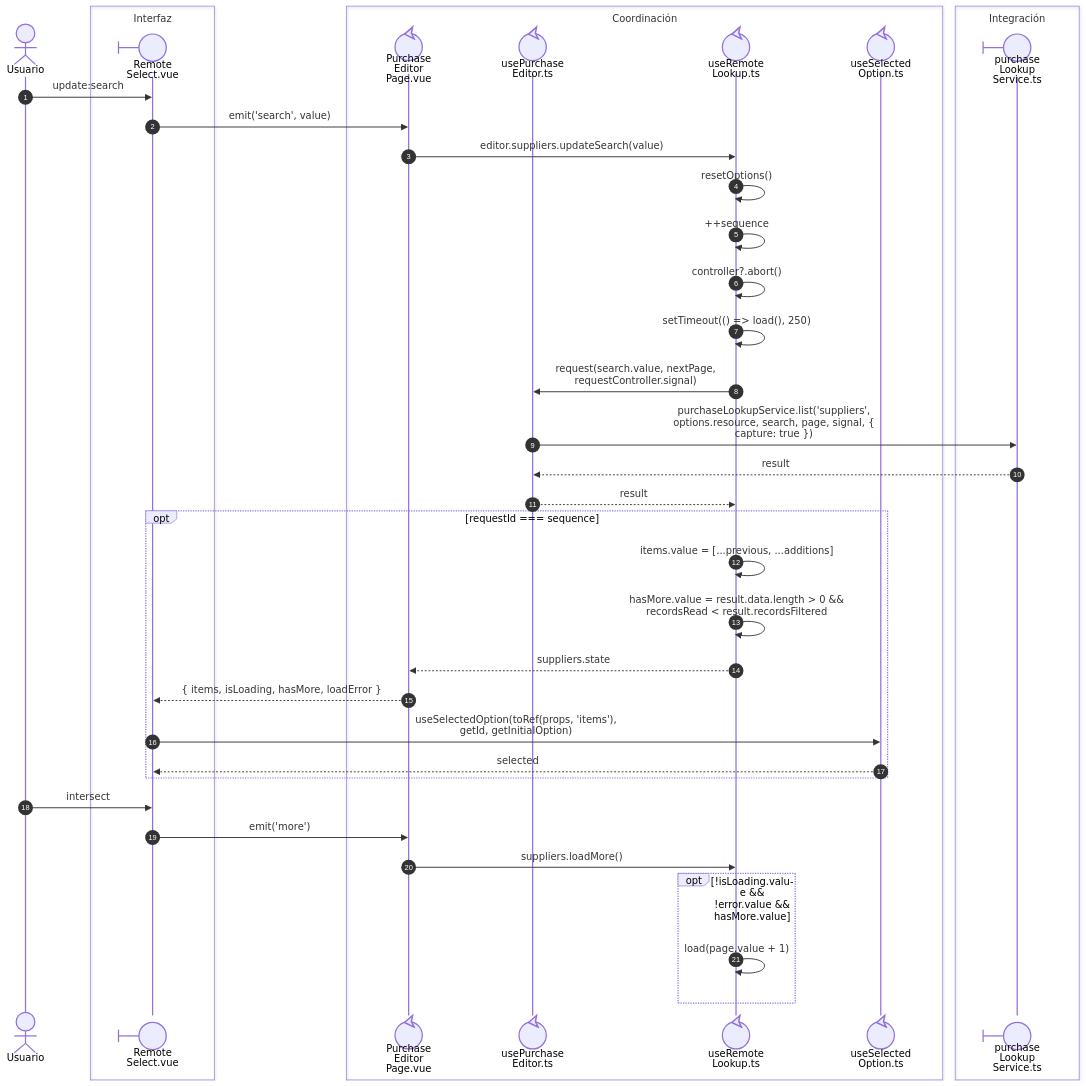
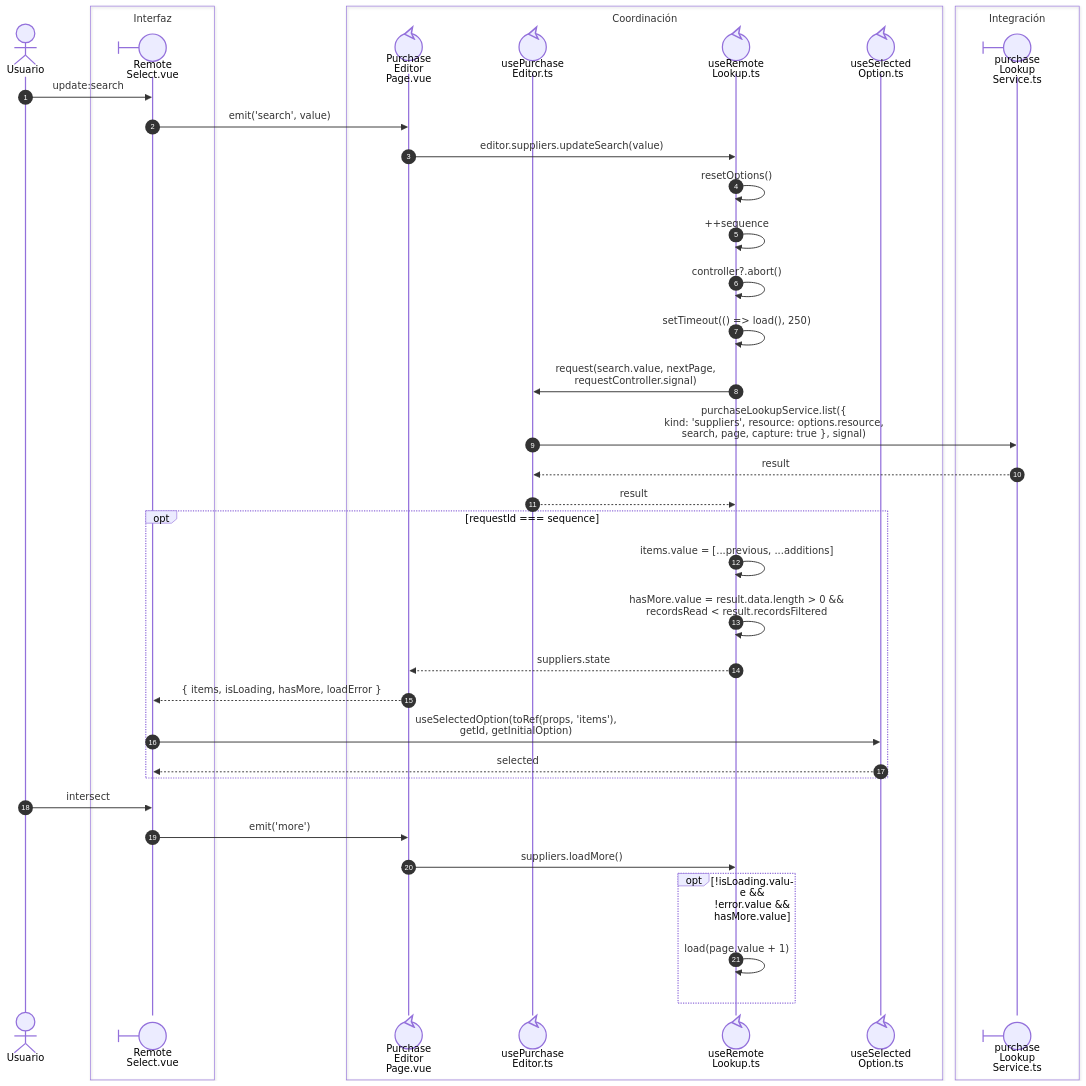
The diagram in front/docs/architecture/views/processes/02-shared-runtime/03-remote-lookup.md (gpgsistemas01/nexus), drawn with Mermaid before and after one commit. The commit also changed 68 other files, not shown here.

````diff
--- a/front/docs/architecture/views/processes/02-shared-runtime/03-remote-lookup.md
+++ b/front/docs/architecture/views/processes/02-shared-runtime/03-remote-lookup.md
@@ -9,42 +9,42 @@
 ```mermaid
 sequenceDiagram
     autonumber
     actor U as Usuario
     box Interfaz
     participant Select@{ "type": "boundary" } as Remote<br/>Select.vue
     end
     box Coordinación
     participant Page@{ "type": "control" } as Purchase<br/>Editor<br/>Page.vue
     participant Editor@{ "type": "control" } as usePurchase<br/>Editor.ts
     participant Lookup@{ "type": "control" } as useRemote<br/>Lookup.ts
     participant Selection@{ "type": "control" } as useSelected<br/>Option.ts
     end
     box Integración
     participant Service@{ "type": "boundary" } as purchase<br/>Lookup<br/>Service.ts
     end
     U->>Select: nowrap: update:search
     Select->>Page: nowrap: emit('search', value)
     Page->>Lookup: nowrap: editor.suppliers.updateSearch(value)
     Lookup->>Lookup: nowrap: resetOptions()
     Lookup->>Lookup: nowrap: ++sequence
     Lookup->>Lookup: nowrap: controller?.abort()
     Lookup->>Lookup: nowrap: setTimeout(() => load(), 250)
     Lookup->>Editor: nowrap: request(search.value, nextPage,<br/>requestController.signal)
-    Editor->>Service: nowrap: purchaseLookupService.list('suppliers',<br/>options.resource, search, page, signal, {<br/>capture: true })
+    Editor->>Service: nowrap: purchaseLookupService.list({<br/>kind: 'suppliers', resource: options.resource,<br/>search, page, capture: true }, signal)
     Service-->>Editor: nowrap: result
     Editor-->>Lookup: nowrap: result
     opt nowrap: requestId === sequence
         Lookup->>Lookup: nowrap: items.value = [...previous, ...additions]
         Lookup->>Lookup: nowrap: hasMore.value = result.data.length > 0 &&<br/>recordsRead < result.recordsFiltered
         Lookup-->>Page: nowrap: suppliers.state
         Page-->>Select: nowrap: { items, isLoading, hasMore, loadError }
         Select->>Selection: nowrap: useSelectedOption(toRef(props, 'items'),<br/>getId, getInitialOption)
         Selection-->>Select: nowrap: selected
     end
     U->>Select: nowrap: intersect
     Select->>Page: nowrap: emit('more')
     Page->>Lookup: nowrap: suppliers.loadMore()
     opt nowrap: !isLoading.value && !error.value && hasMore.value
         Lookup->>Lookup: nowrap: load(page.value + 1)
     end
 ```
````
